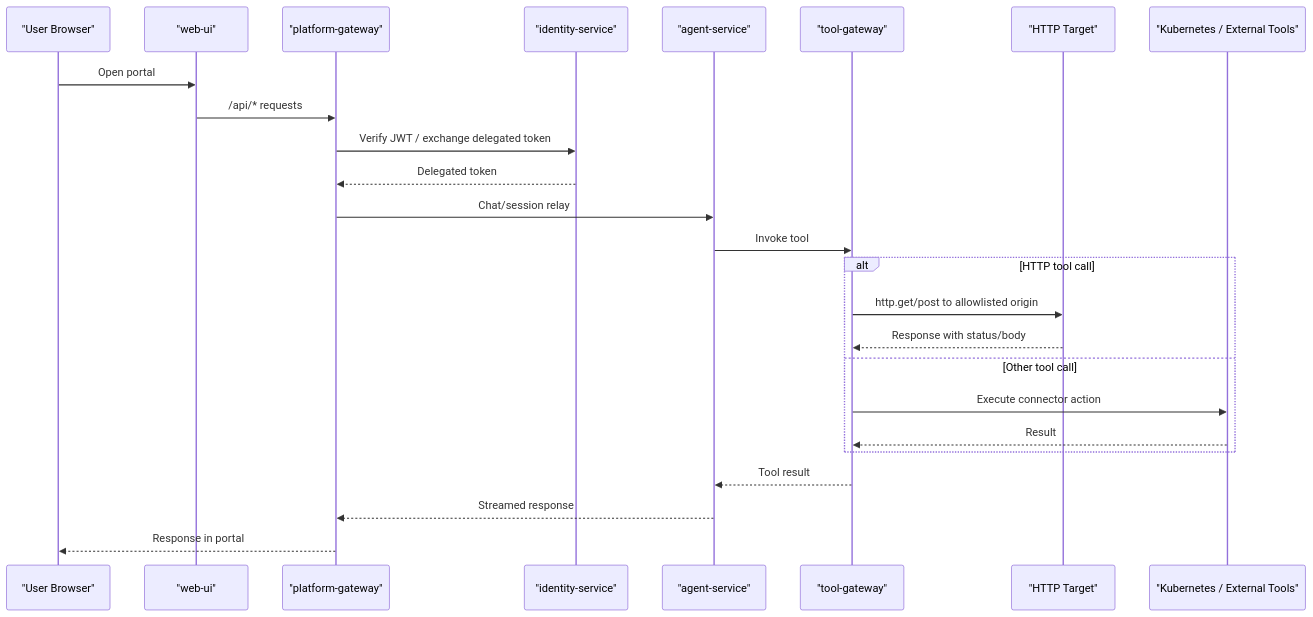
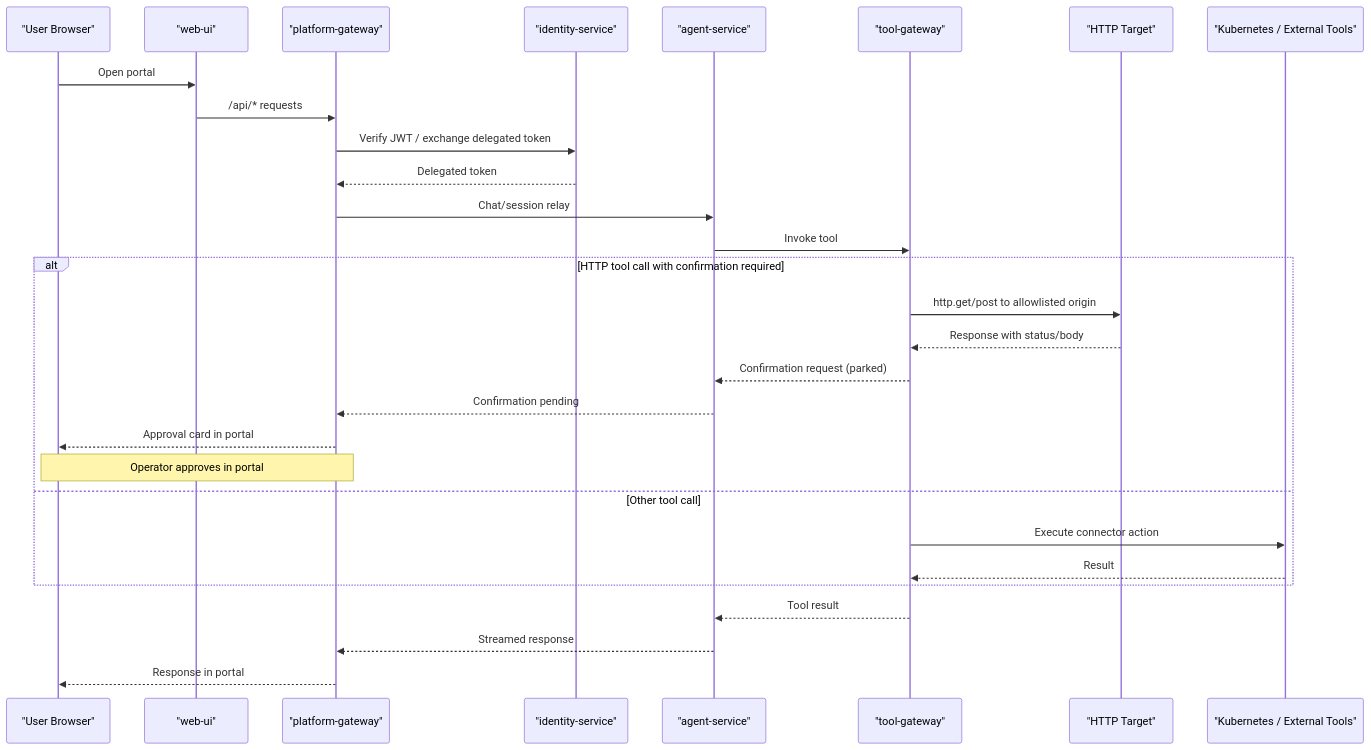
Before and after one commit to metasync/luban-aiops: the second of 3 diagrams in .qoder/repowiki/en/content/Getting Started.md, drawn with Mermaid. The commit also changed other lines of this file and 250 other files, not shown here.

````diff
--- a/.qoder/repowiki/en/content/Getting Started.md
+++ b/.qoder/repowiki/en/content/Getting Started.md
@@ -126,27 +131,31 @@
 ```mermaid
 sequenceDiagram
 participant U as "User Browser"
 participant W as "web-ui"
 participant G as "platform-gateway"
 participant I as "identity-service"
 participant A as "agent-service"
 participant T as "tool-gateway"
 participant H as "HTTP Target"
 participant K as "Kubernetes / External Tools"
 U->>W : Open portal
 W->>G : /api/* requests
 G->>I : Verify JWT / exchange delegated token
 I-->>G : Delegated token
 G->>A : Chat/session relay
 A->>T : Invoke tool
-alt HTTP tool call
+alt HTTP tool call with confirmation required
 T->>H : http.get/post to allowlisted origin
 H-->>T : Response with status/body
+T-->>A : Confirmation request (parked)
+A-->>G : Confirmation pending
+G-->>U : Approval card in portal
+Note over U,G : Operator approves in portal
 else Other tool call
 T->>K : Execute connector action
 K-->>T : Result
 end
 T-->>A : Tool result
 A-->>G : Streamed response
 G-->>U : Response in portal
 ```
````
